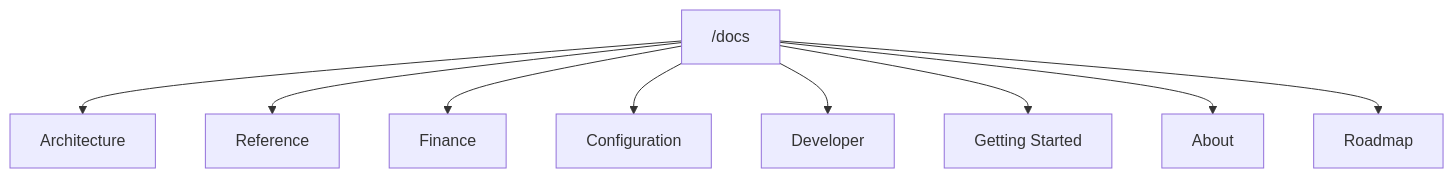
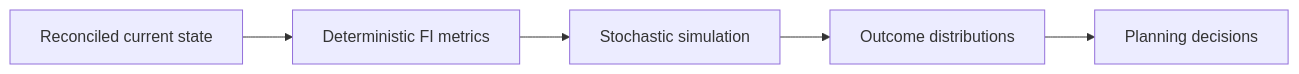
Diagram 20 of 31 in README.md (tks18/personal-finance-etl), drawn with Mermaid before and after one commit. The commit also changed other lines of this file, not shown here.

````diff
--- a/README.md
+++ b/README.md
@@ -1236,11 +674,7 @@
 ```mermaid
-flowchart TB
-    DOC["/docs"] --> A["Architecture"]
-    DOC --> R["Reference"]
-    DOC --> F["Finance"]
-    DOC --> C["Configuration"]
-    DOC --> D["Developer"]
-    DOC --> G["Getting Started"]
-    DOC --> AB["About"]
-    DOC --> RM["Roadmap"]
+flowchart LR
+    STATE["Reconciled current state"] --> DET["Deterministic FI metrics"]
+    DET --> SIM["Stochastic simulation"]
+    SIM --> DIST["Outcome distributions"]
+    DIST --> DEC["Planning decisions"]
 ```
````
